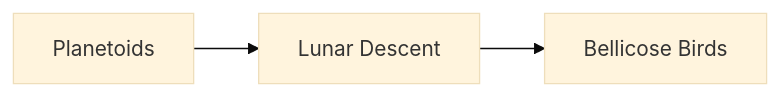
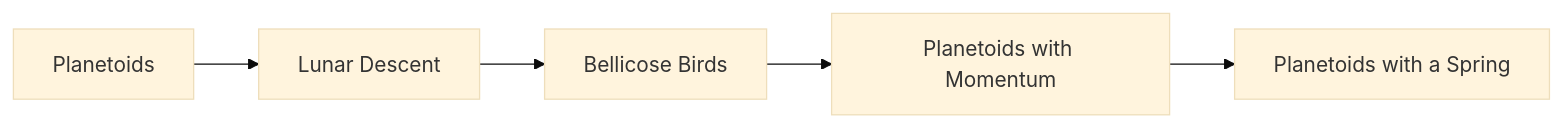
One commit to stemcoding/stemcoding.github.io changed the second of 4 diagrams in flowchart.qmd. Above: the diagram before and after it, drawn with Mermaid (base theme). The commit also changed other lines of this file and 2 other files, not shown here.

Commit message:
improve flowchart

````diff
--- a/flowchart.qmd
+++ b/flowchart.qmd
@@ -18,5 +18,7 @@
 ```{mermaid}
 flowchart LR
   A[Planetoids] --> B[Lunar Descent]
   B --> C[Bellicose Birds]
+  C --> D[Planetoids with Momentum]
+  D --> E[Planetoids with a Spring]
 ```
````
